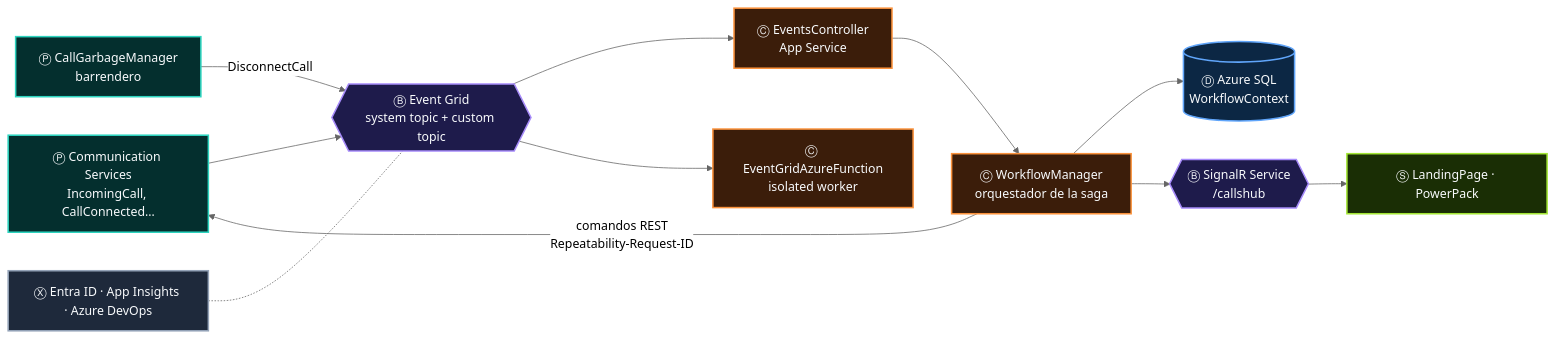
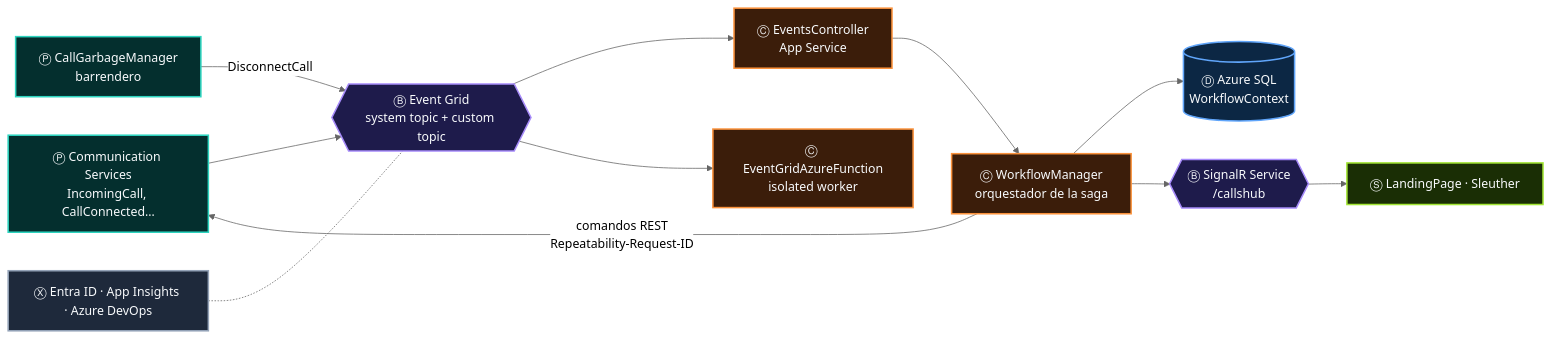
The first of 2 diagrams in docs/14-caso-tracer.md (CristianSifuentes/QuickTheoryNET), drawn with Mermaid (neutral theme) before and after one commit. The commit also changed other lines of this file and 17 other files, not shown here.

First line of the commit message:
Rename the PowerPack project to Sleuther

````diff
--- a/docs/14-caso-tracer.md
+++ b/docs/14-caso-tracer.md
@@ -71,24 +71,24 @@
 ```mermaid
 flowchart LR
     ACS["Ⓟ Communication Services<br/>IncomingCall, CallConnected…"]:::P
     EG{{"Ⓑ Event Grid<br/>system topic + custom topic"}}:::B
     API["Ⓒ EventsController<br/>App Service"]:::C
     FN["Ⓒ EventGridAzureFunction<br/>isolated worker"]:::C
     WF["Ⓒ WorkflowManager<br/>orquestador de la saga"]:::C
     SQL[("Ⓓ Azure SQL<br/>WorkflowContext")]:::D
     SR{{"Ⓑ SignalR Service<br/>/callshub"}}:::B
-    UI["Ⓢ LandingPage · PowerPack"]:::S
+    UI["Ⓢ LandingPage · Sleuther"]:::S
     GC["Ⓟ CallGarbageManager<br/>barrendero"]:::P
     ACS --> EG --> API & FN
     API --> WF --> SQL
     WF -->|"comandos REST<br/>Repeatability-Request-ID"| ACS
     WF --> SR --> UI
     GC -->|"DisconnectCall"| EG
     X["Ⓧ Entra ID · App Insights · Azure DevOps"]:::X -.- EG
     classDef P fill:#042F2E,stroke:#2DD4BF,color:#F8FAFC,stroke-width:2px
     classDef B fill:#1E1B4B,stroke:#A78BFA,color:#F8FAFC,stroke-width:2px
     classDef C fill:#3B1D0A,stroke:#FB923C,color:#F8FAFC,stroke-width:2px
     classDef D fill:#0C2744,stroke:#60A5FA,color:#F8FAFC,stroke-width:2px
     classDef S fill:#1A2E05,stroke:#A3E635,color:#F8FAFC,stroke-width:2px
     classDef X fill:#1E293B,stroke:#94A3B8,color:#F8FAFC,stroke-width:2px
 ```
````
